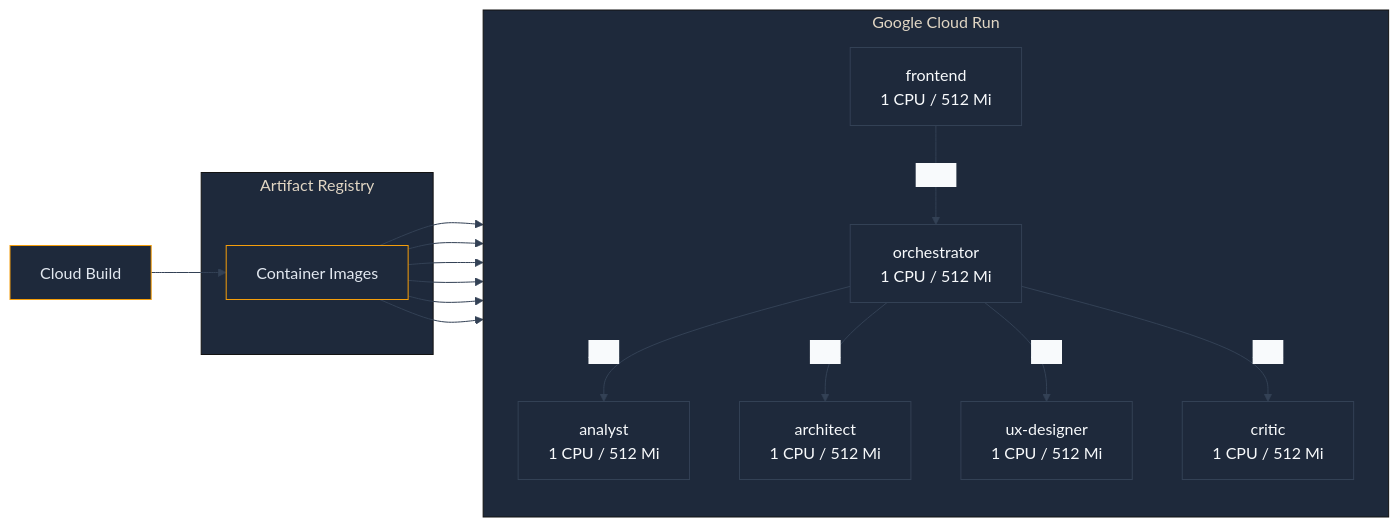
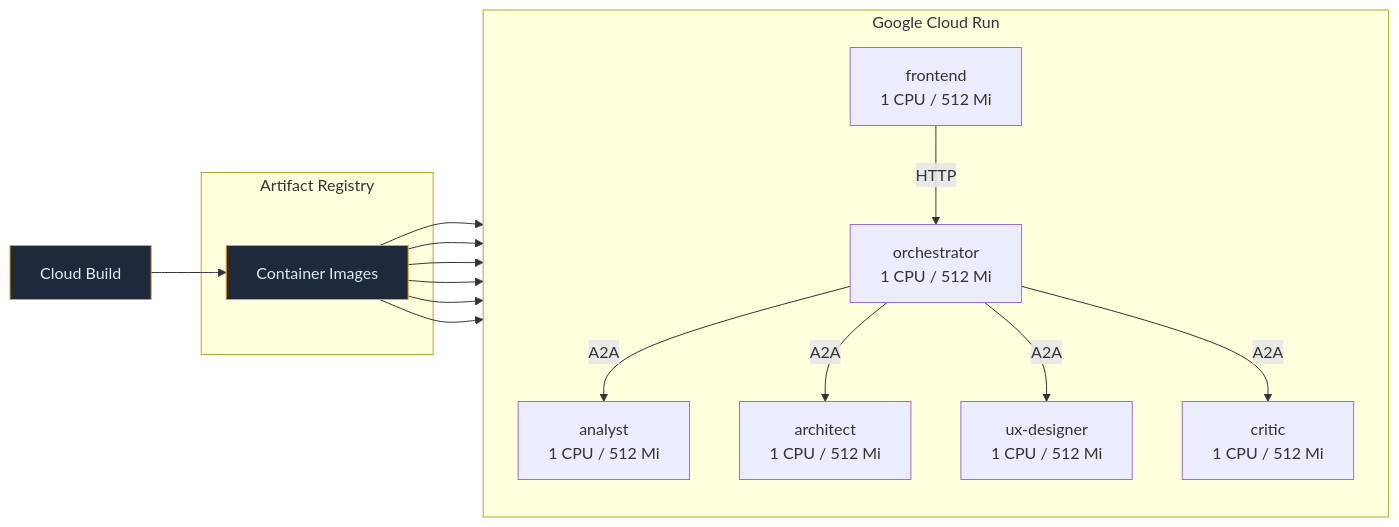
Before and after one commit to jggomez/multi-agents-product-architect-creator: the third of 3 diagrams in README.md, drawn with Mermaid. The commit also changed other lines of this file, not shown here.

Commit message:
docs: revert high-contrast styling for System and Deployment diagrams, keeping only Communication Flow

````diff
--- a/README.md
+++ b/README.md
@@ -160,34 +159,33 @@
 ```mermaid
-%%{init: {'theme': 'base', 'themeVariables': { 'primaryColor': '#1e293b', 'primaryTextColor': '#f8fafc', 'primaryBorderColor': '#334155', 'lineColor': '#334155', 'secondaryColor': '#0f172a', 'tertiaryColor': '#1e293b', 'edgeLabelBackground':'#f8fafc' }}}%%
 graph LR
     subgraph "Google Cloud Run"
         direction TB
         S1["analyst<br/>1 CPU / 512 Mi"]
         S2["architect<br/>1 CPU / 512 Mi"]
         S3["ux-designer<br/>1 CPU / 512 Mi"]
         S4["critic<br/>1 CPU / 512 Mi"]
         S5["orchestrator<br/>1 CPU / 512 Mi"]
         S6["frontend<br/>1 CPU / 512 Mi"]
     end
 
     subgraph "Artifact Registry"
         AR["Container Images"]
     end
 
     CB["Cloud Build"] --> AR
     AR --> S1
     AR --> S2
     AR --> S3
     AR --> S4
     AR --> S5
     AR --> S6
 
     S5 -- "A2A" --> S1
     S5 -- "A2A" --> S2
     S5 -- "A2A" --> S3
     S5 -- "A2A" --> S4
     S6 -- "HTTP" --> S5
 
     style CB fill:#1e293b,stroke:#f59e0b,color:#e2e8f0
     style AR fill:#1e293b,stroke:#f59e0b,color:#e2e8f0
 ```
````
